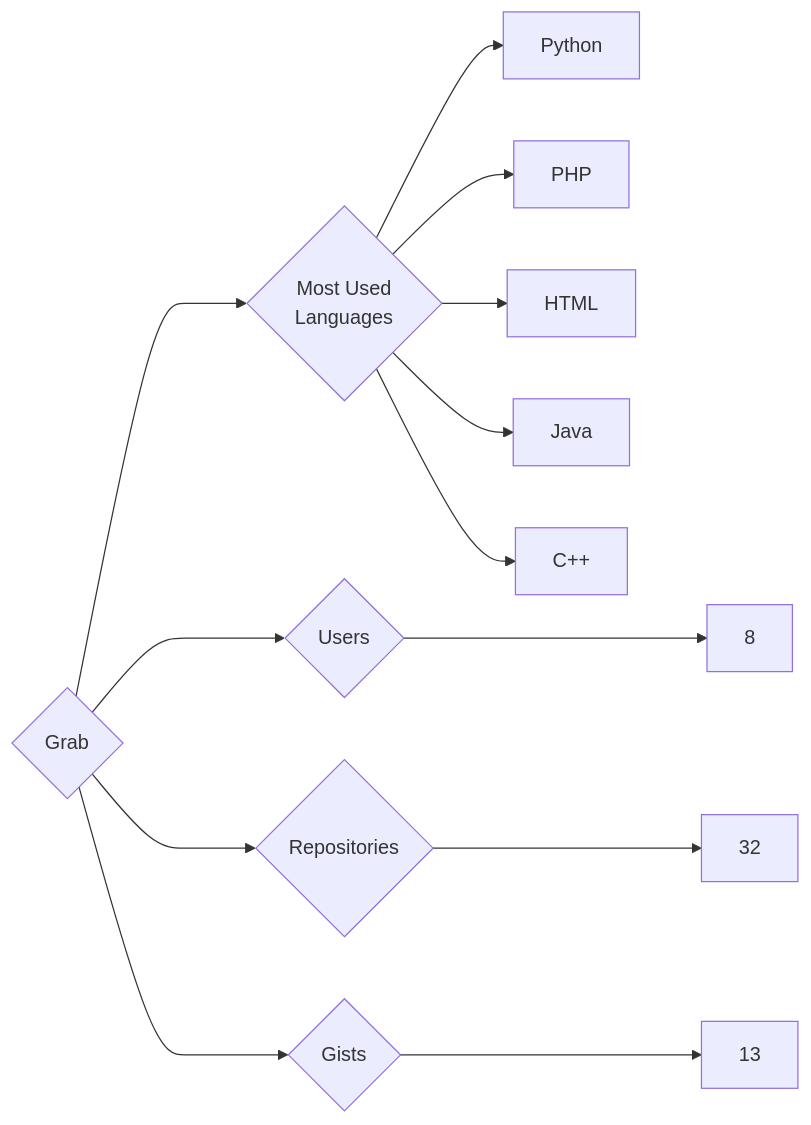
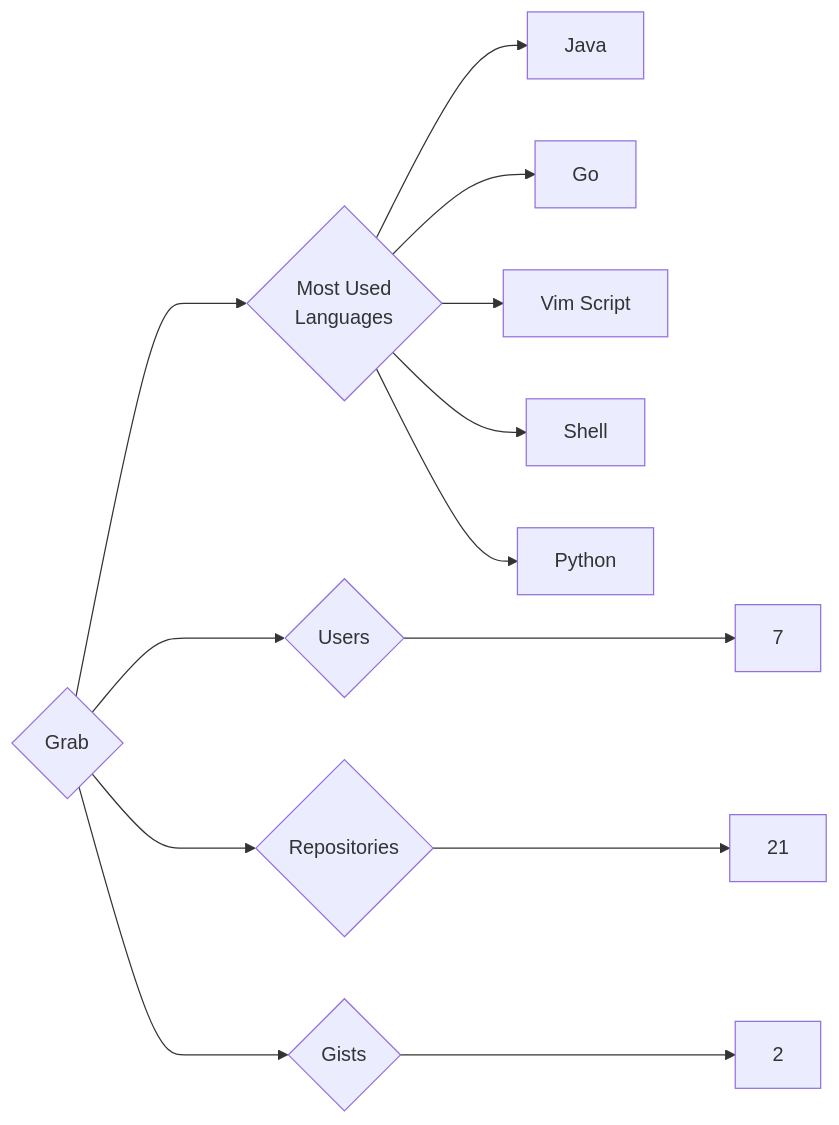
Before and after one commit to trickest/insiders: the diagram in targets/Grab/README.md, drawn with Mermaid. The commit also changed 1170 other files, not shown here.

````diff
--- a/targets/Grab/README.md
+++ b/targets/Grab/README.md
@@ -3,13 +3,13 @@
 ```mermaid
 graph LR
 COMPANY_NAME{Grab}
-COMPANY_NAME ---> U{Users} ---> UN[8]
-COMPANY_NAME ---> R{Repositories} ---> RN[32]
-COMPANY_NAME ---> G{Gists} ---> GN[13]
+COMPANY_NAME ---> U{Users} ---> UN[7]
+COMPANY_NAME ---> R{Repositories} ---> RN[21]
+COMPANY_NAME ---> G{Gists} ---> GN[2]
 COMPANY_NAME ---> ML{Most Used<br>Languages}
+ML --> Java[Java]
+ML --> Go[Go]
+ML --> Vim_Script[Vim Script]
+ML --> Shell[Shell]
 ML --> Python[Python]
-ML --> PHP[PHP]
-ML --> HTML[HTML]
-ML --> Java[Java]
-ML --> C++[C++]
 ```
````
